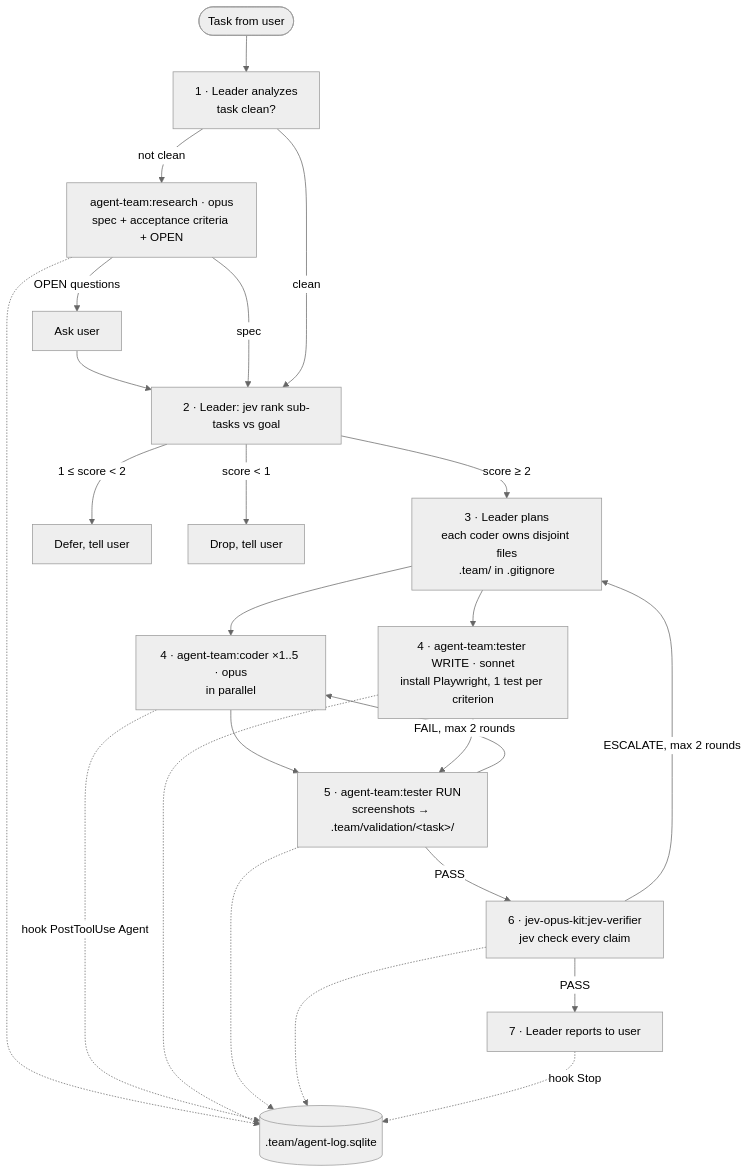
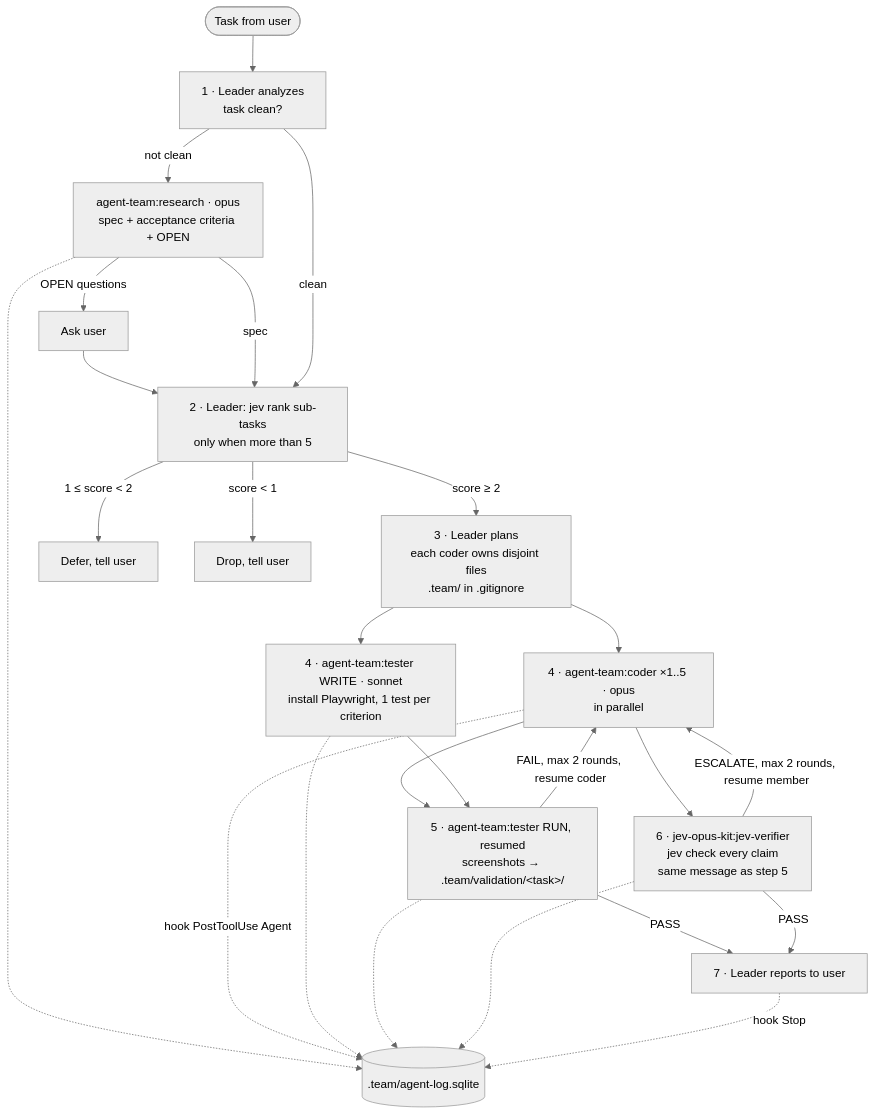
The diagram in docs/flow.md (vuduc0910/agent-team), drawn with Mermaid (neutral theme) before and after one commit. The commit also changed other lines of this file and 10 other files, not shown here.

Commit message:
Speed up the pipeline: effort per role, rank only above 5 sub-tasks, resume members, verifier in parallel, duration log

````diff
--- a/docs/flow.md
+++ b/docs/flow.md
@@ -5,26 +5,27 @@
 ```mermaid
 flowchart TD
     U([Task from user]) --> A["1 · Leader analyzes<br/>task clean?"]
     A -- "not clean" --> RS["agent-team:research · opus<br/>spec + acceptance criteria + OPEN"]
     RS -- "OPEN questions" --> Q["Ask user"] --> R
     RS -- "spec" --> R
-    A -- "clean" --> R["2 · Leader: jev rank sub-tasks vs goal"]
+    A -- "clean" --> R["2 · Leader: jev rank sub-tasks<br/>only when more than 5"]
     R -- "score ≥ 2" --> P["3 · Leader plans<br/>each coder owns disjoint files<br/>.team/ in .gitignore"]
     R -- "1 ≤ score &lt; 2" --> D1["Defer, tell user"]
     R -- "score &lt; 1" --> D2["Drop, tell user"]
     P --> C["4 · agent-team:coder ×1..5 · opus<br/>in parallel"]
     P --> TW["4 · agent-team:tester WRITE · sonnet<br/>install Playwright, 1 test per criterion"]
     C --> TR
-    TW --> TR["5 · agent-team:tester RUN<br/>screenshots → .team/validation/&lt;task&gt;/"]
-    TR -- "FAIL, max 2 rounds" --> C
-    TR -- "PASS" --> V["6 · jev-opus-kit:jev-verifier<br/>jev check every claim"]
-    V -- "ESCALATE, max 2 rounds" --> P
-    V -- "PASS" --> F["7 · Leader reports to user"]
+    TW --> TR["5 · agent-team:tester RUN, resumed<br/>screenshots → .team/validation/&lt;task&gt;/"]
+    C --> V["6 · jev-opus-kit:jev-verifier<br/>jev check every claim<br/>same message as step 5"]
+    TR -- "FAIL, max 2 rounds, resume coder" --> C
+    V -- "ESCALATE, max 2 rounds, resume member" --> C
+    TR -- "PASS" --> F["7 · Leader reports to user"]
+    V -- "PASS" --> F
     DB[(".team/agent-log.sqlite")]
     RS -.-> DB
     C -. "hook PostToolUse Agent" .-> DB
     TW -.-> DB
     TR -.-> DB
     V -.-> DB
     F -. "hook Stop" .-> DB
 ```
````
